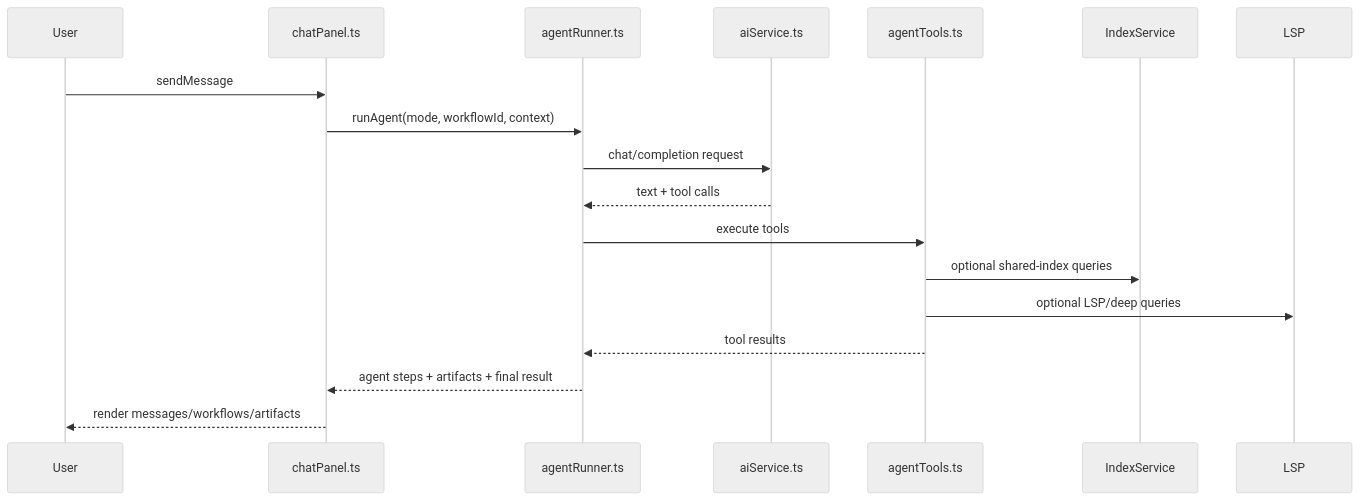
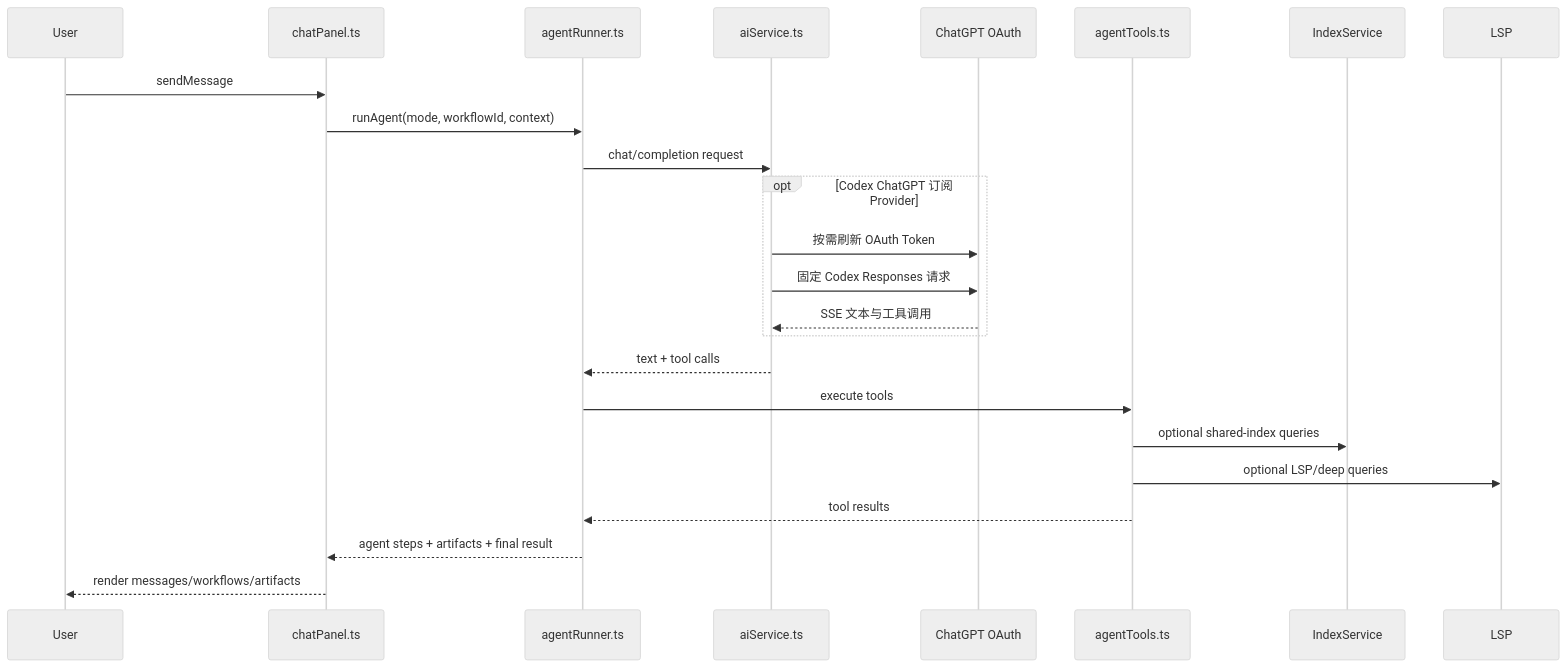
Before and after one commit to Aa728848/cwtools-vscode: the fourth of 4 diagrams in ARCHITECTURE.md, drawn with Mermaid (neutral theme). The commit also changed other lines of this file and 27 other files, not shown here.

Commit message:
feat: implement AI chat panel and agent orchestration architecture

````diff
--- a/ARCHITECTURE.md
+++ b/ARCHITECTURE.md
@@ -551,21 +559,27 @@
 ```mermaid
 sequenceDiagram
     participant User as User
     participant Chat as chatPanel.ts
     participant Runner as agentRunner.ts
     participant Service as aiService.ts
+    participant OAuth as ChatGPT OAuth
     participant Tools as agentTools.ts
     participant Index as IndexService
     participant LSP as LSP
 
     User->>Chat: sendMessage
     Chat->>Runner: runAgent(mode, workflowId, context)
     Runner->>Service: chat/completion request
+    opt Codex ChatGPT 订阅 Provider
+        Service->>OAuth: 按需刷新 OAuth Token
+        Service->>OAuth: 固定 Codex Responses 请求
+        OAuth-->>Service: SSE 文本与工具调用
+    end
     Service-->>Runner: text + tool calls
     Runner->>Tools: execute tools
     Tools->>Index: optional shared-index queries
     Tools->>LSP: optional LSP/deep queries
     Tools-->>Runner: tool results
     Runner-->>Chat: agent steps + artifacts + final result
     Chat-->>User: render messages/workflows/artifacts
 ```
````
